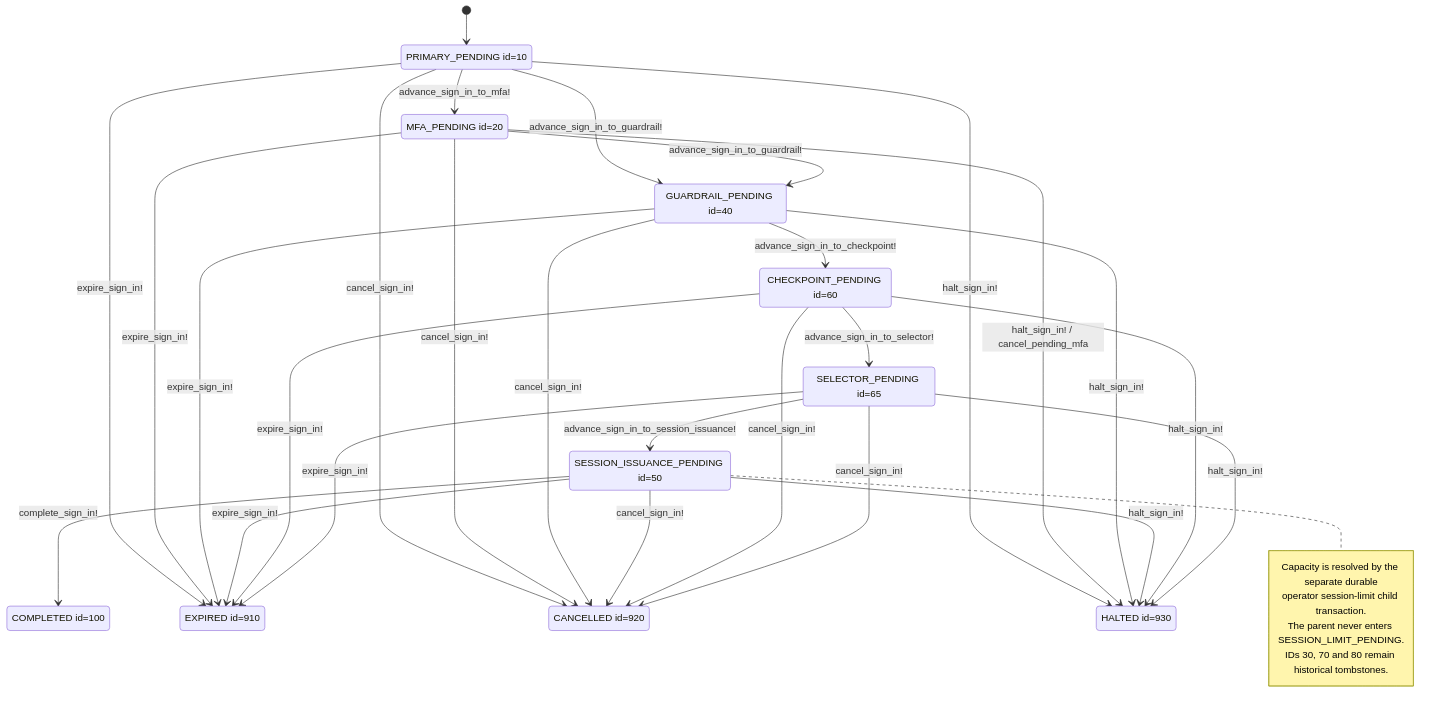
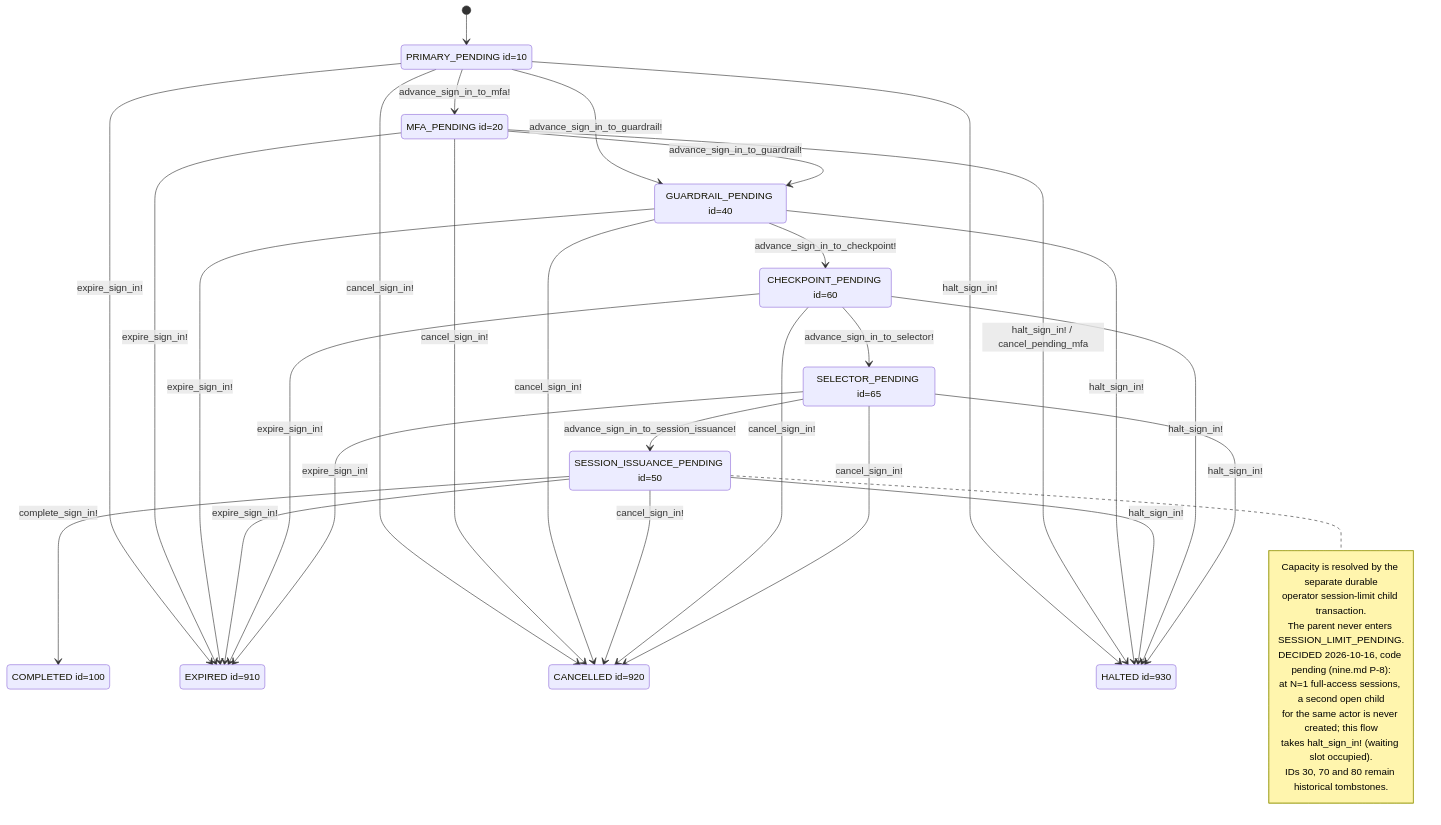
The diagram in docs/mermaid/idp-operator-sign-in.mmd (seahal/umaxica-apps-jit-global), drawn with Mermaid before and after one commit. The commit also changed 81 other files, not shown here.

```diff
--- a/docs/mermaid/idp-operator-sign-in.mmd
+++ b/docs/mermaid/idp-operator-sign-in.mmd
@@ -1,55 +1,59 @@
 stateDiagram-v2
     %% Terminal absorption precedes TTL and requested source validation.
     %% Where the lifecycle has expires_at, overdue requests persist EXPIRED first.
     %% The owning transaction returns an expiry refusal; callers unwrap only after commit.
     %% A refused locked operation rolls back its savepoint before persisting expiry.
     %% Current sign-in graph; routing and session-limit resolution are separate axes.
     %% HTTP phase admission is an observation: contradictory GET/HEAD returns 409 and has no
     %% lifecycle edge. A correctly bound unsafe phase mismatch enters HALTED with a phase reason;
     %% an invalid binding is refused and never redirects or halts another flow.
     %% Provider-owned ceremonies keep their concrete transaction authority.
     state "PRIMARY_PENDING id=10" as PRIMARY_PENDING
     state "MFA_PENDING id=20" as MFA_PENDING
     state "GUARDRAIL_PENDING id=40" as GUARDRAIL_PENDING
     state "SESSION_ISSUANCE_PENDING id=50" as SESSION_ISSUANCE_PENDING
     state "CHECKPOINT_PENDING id=60" as CHECKPOINT_PENDING
     state "SELECTOR_PENDING id=65" as SELECTOR_PENDING
     state "COMPLETED id=100" as COMPLETED
     state "EXPIRED id=910" as EXPIRED
     state "CANCELLED id=920" as CANCELLED
     state "HALTED id=930" as HALTED
 
     [*] --> PRIMARY_PENDING
     PRIMARY_PENDING --> MFA_PENDING: advance_sign_in_to_mfa!
     PRIMARY_PENDING --> GUARDRAIL_PENDING: advance_sign_in_to_guardrail!
     MFA_PENDING --> GUARDRAIL_PENDING: advance_sign_in_to_guardrail!
     GUARDRAIL_PENDING --> CHECKPOINT_PENDING: advance_sign_in_to_checkpoint!
     CHECKPOINT_PENDING --> SELECTOR_PENDING: advance_sign_in_to_selector!
     SELECTOR_PENDING --> SESSION_ISSUANCE_PENDING: advance_sign_in_to_session_issuance!
     SESSION_ISSUANCE_PENDING --> COMPLETED: complete_sign_in!
 
     PRIMARY_PENDING --> EXPIRED: expire_sign_in!
     PRIMARY_PENDING --> CANCELLED: cancel_sign_in!
     PRIMARY_PENDING --> HALTED: halt_sign_in!
     MFA_PENDING --> EXPIRED: expire_sign_in!
     MFA_PENDING --> CANCELLED: cancel_sign_in!
     MFA_PENDING --> HALTED: halt_sign_in! / cancel_pending_mfa
     GUARDRAIL_PENDING --> EXPIRED: expire_sign_in!
     GUARDRAIL_PENDING --> CANCELLED: cancel_sign_in!
     GUARDRAIL_PENDING --> HALTED: halt_sign_in!
     SESSION_ISSUANCE_PENDING --> EXPIRED: expire_sign_in!
     SESSION_ISSUANCE_PENDING --> CANCELLED: cancel_sign_in!
     SESSION_ISSUANCE_PENDING --> HALTED: halt_sign_in!
     CHECKPOINT_PENDING --> EXPIRED: expire_sign_in!
     CHECKPOINT_PENDING --> CANCELLED: cancel_sign_in!
     CHECKPOINT_PENDING --> HALTED: halt_sign_in!
     SELECTOR_PENDING --> EXPIRED: expire_sign_in!
     SELECTOR_PENDING --> CANCELLED: cancel_sign_in!
     SELECTOR_PENDING --> HALTED: halt_sign_in!
 
     note right of SESSION_ISSUANCE_PENDING
         Capacity is resolved by the separate durable
         operator session-limit child transaction.
         The parent never enters SESSION_LIMIT_PENDING.
+        DECIDED 2026-10-16, code pending (nine.md P-8):
+        at N=1 full-access sessions, a second open child
+        for the same actor is never created; this flow
+        takes halt_sign_in! (waiting slot occupied).
         IDs 30, 70 and 80 remain historical tombstones.
     end note
```
